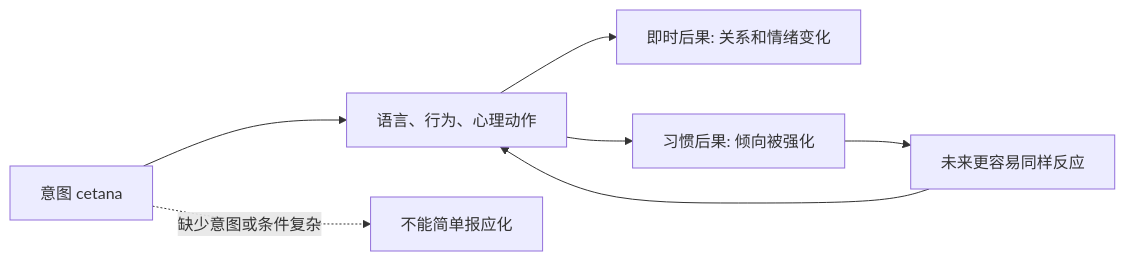
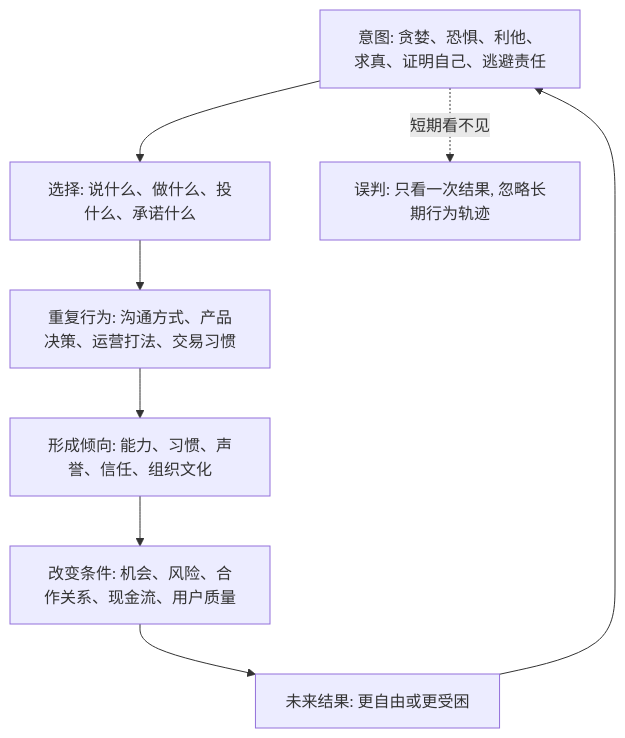
Before and after one commit to digoal/blog: the diagram in 202605/20260518_68.md, drawn with Mermaid. The commit also changed other lines of this file and 15 other files, not shown here.

````diff
--- a/202605/20260518_68.md
+++ b/202605/20260518_68.md
@@ -22,9 +24,10 @@
 ```mermaid
-flowchart LR
-  A["意图 cetana"] --> B["语言、行为、心理动作"]
-  B --> C["即时后果: 关系和情绪变化"]
-  B --> D["习惯后果: 倾向被强化"]
-  D --> E["未来更容易同样反应"]
-  E --> B
-  A -. "缺少意图或条件复杂" .-> F["不能简单报应化"]
+flowchart TD
+  A["意图: 贪婪、恐惧、利他、求真、证明自己、逃避责任"] --> B["选择: 说什么、做什么、投什么、承诺什么"]
+  B --> C["重复行为: 沟通方式、产品决策、运营打法、交易习惯"]
+  C --> D["形成倾向: 能力、习惯、声誉、信任、组织文化"]
+  D --> E["改变条件: 机会、风险、合作关系、现金流、用户质量"]
+  E --> F["未来结果: 更自由或更受困"]
+  F --> A
+  A -. "短期看不见" .-> G["误判: 只看一次结果, 忽略长期行为轨迹"]
 ```
````
